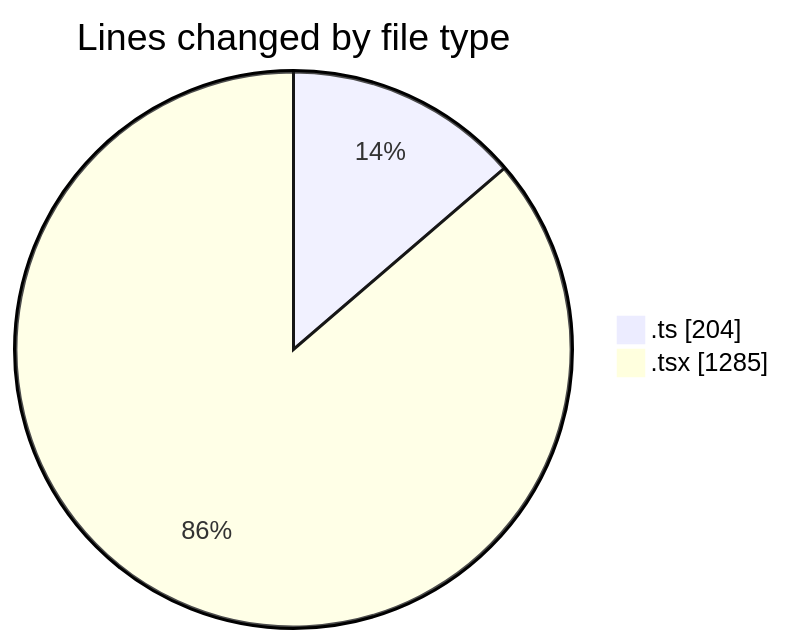
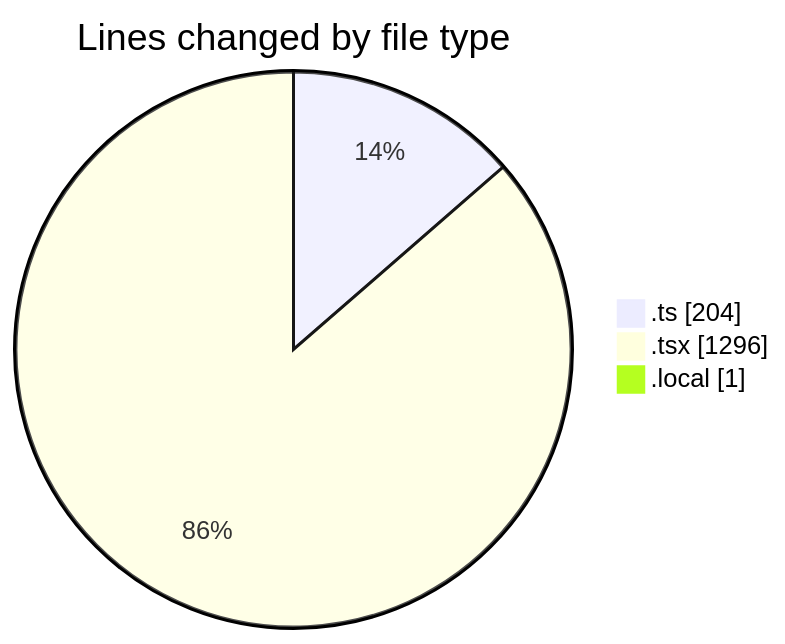
One commit to julien-gomy/code-tracking changed the first of 2 diagrams in 2025-10-28/eventscop-frontend-guide__workspace_/README.md. Above: the diagram before and after it, drawn with Mermaid. The commit also changed other lines of this file and 1 other file, not shown here.

````diff
--- a/2025-10-28/eventscop-frontend-guide__workspace_/README.md
+++ b/2025-10-28/eventscop-frontend-guide__workspace_/README.md
@@ -29,6 +30,7 @@
 ```mermaid
 pie showData
 title Lines changed by file type
 ".ts" : 204
-".tsx" : 1285
+".tsx" : 1296
+".local" : 1
 ```
````
